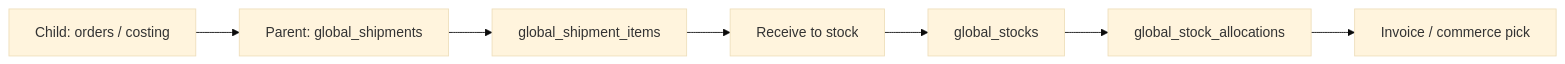
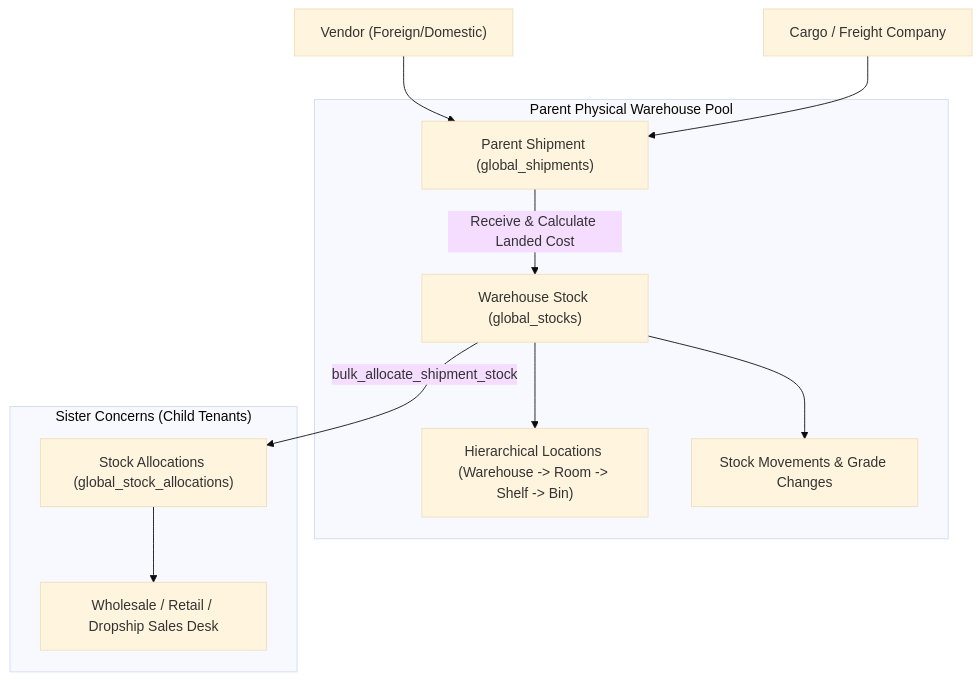
One commit to david-git-2/brandwala-wholesale-quasar-v2 changed the first of 2 diagrams in doc/procurement_stock/PROCUREMENT_STOCK.md. Above: the diagram before and after it, drawn with Mermaid (base theme). The commit also changed other lines of this file and 192 other files, not shown here.

````diff
--- a/doc/procurement_stock/PROCUREMENT_STOCK.md
+++ b/doc/procurement_stock/PROCUREMENT_STOCK.md
@@ -54,9 +13,16 @@
 ```mermaid
-flowchart LR
-  childInput["Child: orders / costing"] --> inbound["Parent: global_shipments"]
-  inbound --> items["global_shipment_items"]
-  items --> receive["Receive to stock"]
-  receive --> pool["global_stocks"]
-  pool --> alloc["global_stock_allocations"]
-  alloc --> sales["Invoice / commerce pick"]
+flowchart TD
+    Vendor["Vendor (Foreign/Domestic)"] --> Inbound["Parent Shipment (global_shipments)"]
+    Cargo["Cargo / Freight Company"] --> Inbound
+    
+    subgraph ParentWarehouse ["Parent Physical Warehouse Pool"]
+        Inbound -->|Receive & Calculate Landed Cost| GS["Warehouse Stock (global_stocks)"]
+        GS --> LOC["Hierarchical Locations (Warehouse -> Room -> Shelf -> Bin)"]
+        GS --> MOV["Stock Movements & Grade Changes"]
+    end
+
+    subgraph ChildTenants ["Sister Concerns (Child Tenants)"]
+        GS -->|bulk_allocate_shipment_stock| ALLOC["Stock Allocations (global_stock_allocations)"]
+        ALLOC --> SALES["Wholesale / Retail / Dropship Sales Desk"]
+    end
 ```
````
